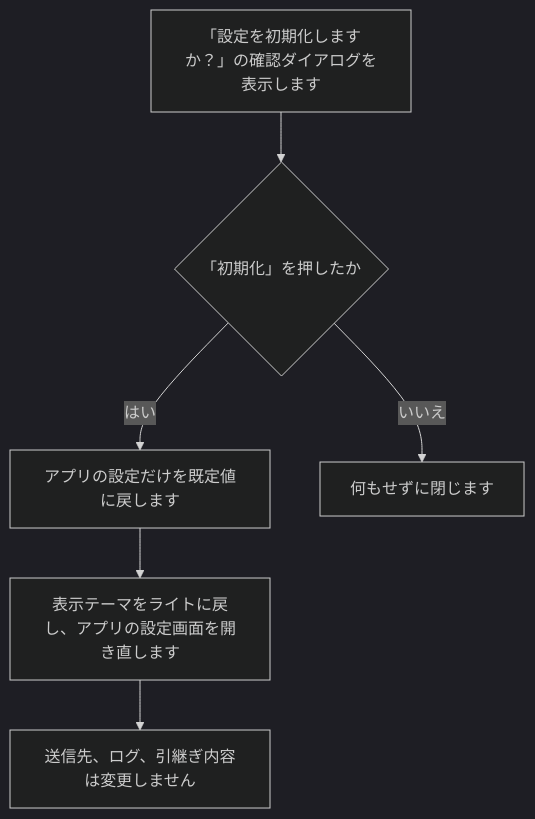
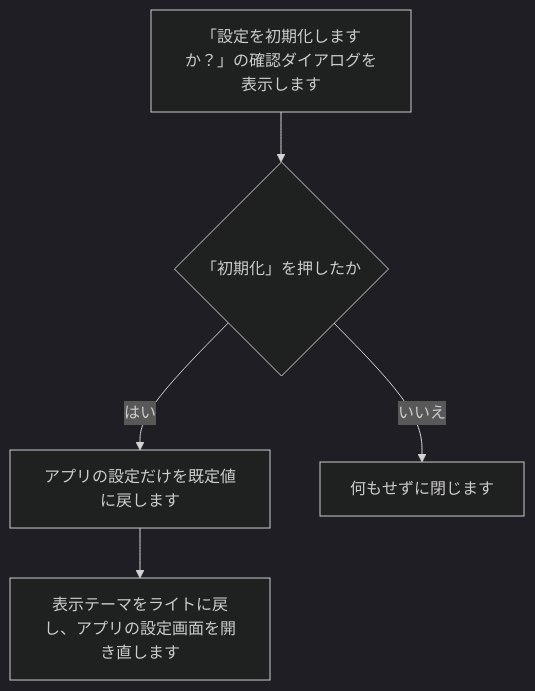
One commit to nishida2073/project_management changed diagram 13 of 34 in tool/smstokintone/doc/02_設計/処理フロー.md. Above: the diagram before and after it, drawn with Mermaid (dark theme). The commit also changed other lines of this file and 5 other files, not shown here.

````diff
--- a/tool/smstokintone/doc/02_設計/処理フロー.md
+++ b/tool/smstokintone/doc/02_設計/処理フロー.md
@@ -234,8 +227,7 @@
 ```mermaid
 flowchart TD
   A["「設定を初期化しますか？」の確認ダイアログを表示します"] --> B{"「初期化」を押したか"}
   B -- はい --> D["アプリの設定だけを既定値に戻します"]
   B -- いいえ --> C["何もせずに閉じます"]
   D --> E["表示テーマをライトに戻し、アプリの設定画面を開き直します"]
-  E --> F["送信先、ログ、引継ぎ内容は変更しません"]
 ```
````
